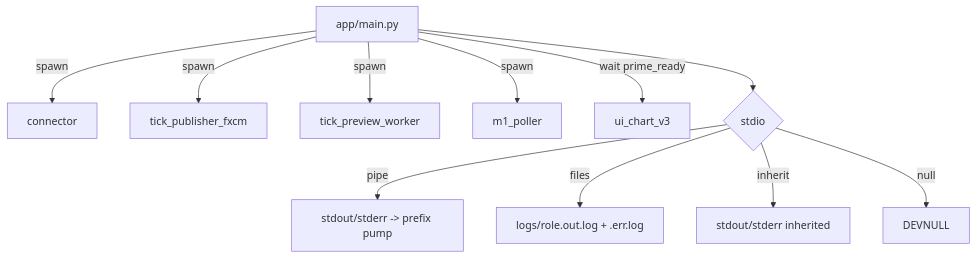
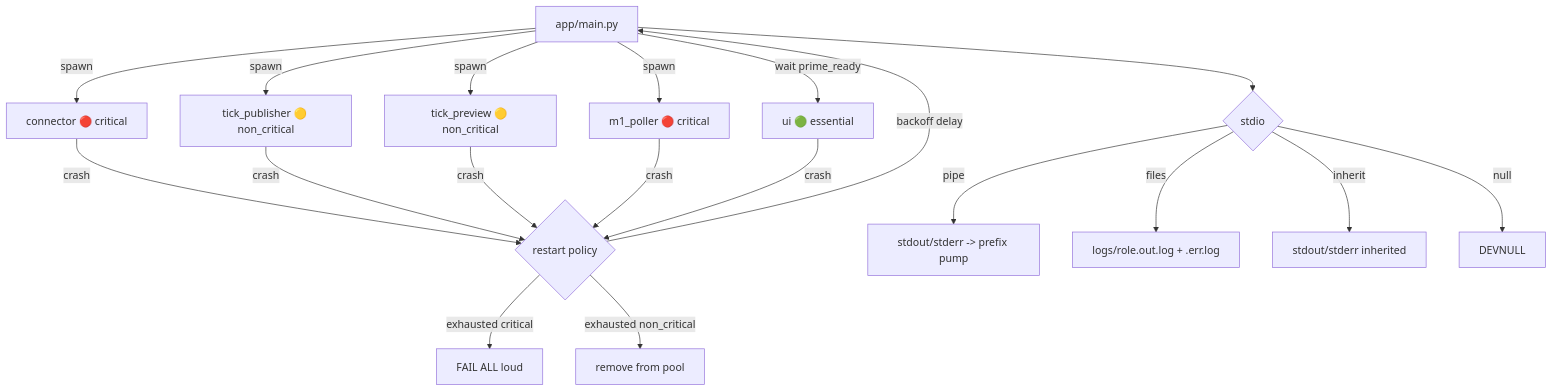
One commit to Std07-1/v3 changed the tenth of 13 diagrams in docs/system_current_overview.md. Above: the diagram before and after it, drawn with Mermaid. The commit also changed other lines of this file and 22 other files, not shown here.

````diff
--- a/docs/system_current_overview.md
+++ b/docs/system_current_overview.md
@@ -474,13 +474,21 @@
 ```mermaid
 flowchart TD
-    A[app/main.py] -->|spawn| B[connector]
-    A -->|spawn| C[tick_publisher_fxcm]
-    A -->|spawn| D[tick_preview_worker]
-    A -->|spawn| E[m1_poller]
-    A -->|wait prime_ready| F[ui_chart_v3]
+    A[app/main.py] -->|spawn| B[connector 🔴 critical]
+    A -->|spawn| C[tick_publisher 🟡 non_critical]
+    A -->|spawn| D[tick_preview 🟡 non_critical]
+    A -->|spawn| E[m1_poller 🔴 critical]
+    A -->|wait prime_ready| F[ui 🟢 essential]
+    B -->|crash| R{restart policy}
+    C -->|crash| R
+    D -->|crash| R
+    E -->|crash| R
+    F -->|crash| R
+    R -->|backoff delay| A
+    R -->|exhausted critical| X[FAIL ALL loud]
+    R -->|exhausted non_critical| Y[remove from pool]
     A --> G{stdio}
     G -->|pipe| H[stdout/stderr -> prefix pump]
     G -->|files| I[logs/role.out.log + .err.log]
     G -->|inherit| J[stdout/stderr inherited]
     G -->|null| K[DEVNULL]
 ```
````
